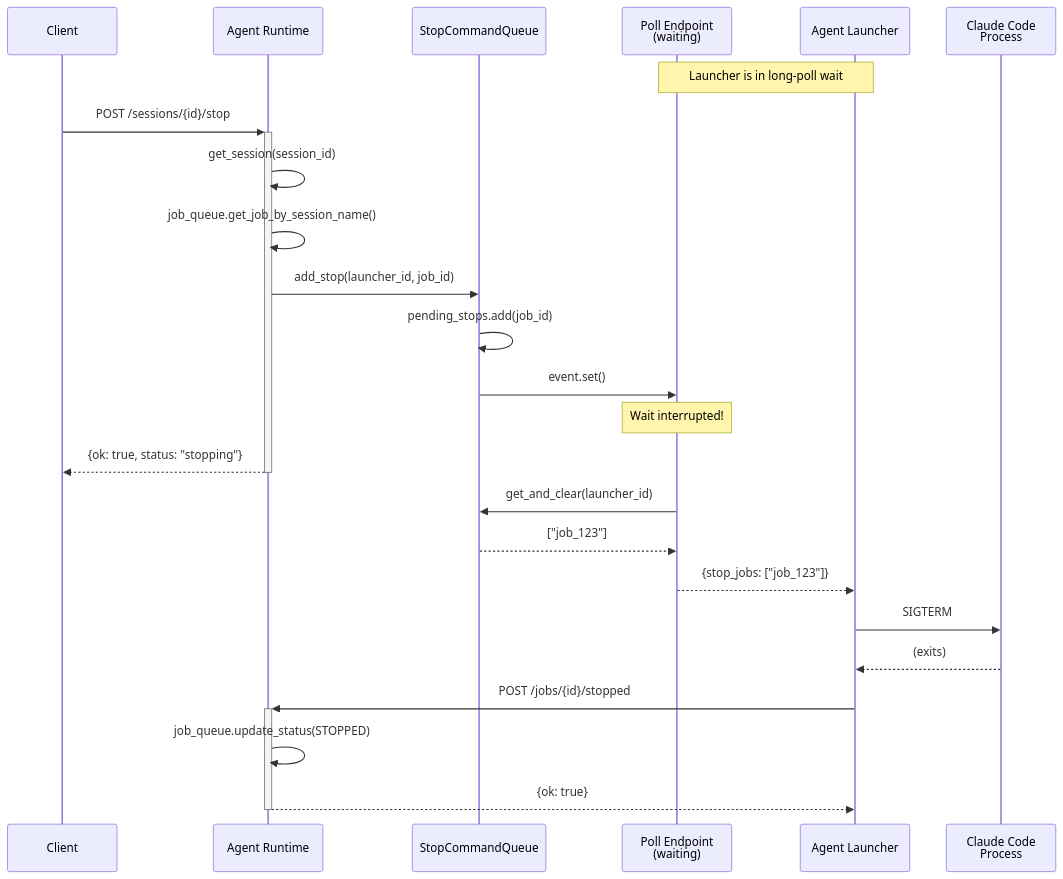
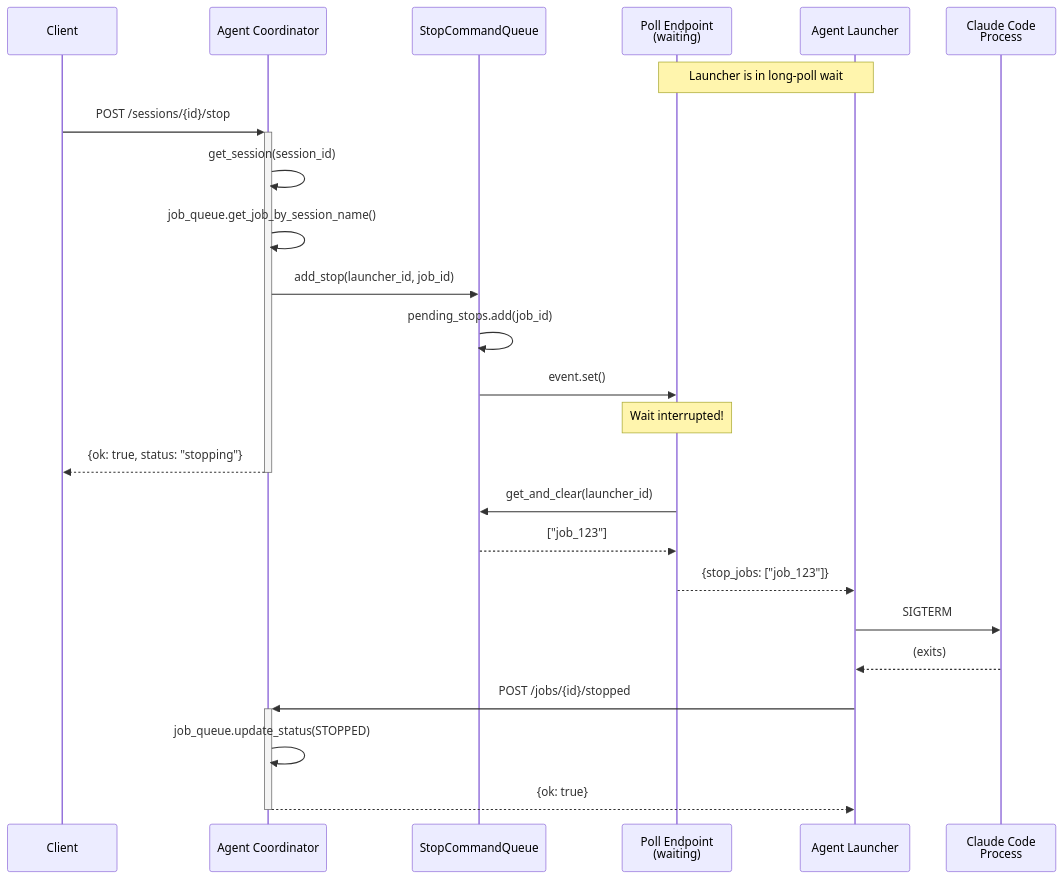
Before and after one commit to rawe/claude-agent-orchestrator: the diagram in docs/features/session-stop-command.md, drawn with Mermaid. The commit also changed other lines of this file and 96 other files, not shown here.

Commit message:
refactor: rename Agent Runtime to Agent Coordinator across codebase

````diff
--- a/docs/features/session-stop-command.md
+++ b/docs/features/session-stop-command.md
@@ -389,33 +389,33 @@
 ```mermaid
 sequenceDiagram
     participant Client as Client
-    participant Runtime as Agent Runtime
+    participant Coordinator as Agent Coordinator
     participant Queue as StopCommandQueue
     participant Poll as Poll Endpoint<br/>(waiting)
     participant Launcher as Agent Launcher
     participant Process as Claude Code<br/>Process
 
     Note over Launcher,Poll: Launcher is in long-poll wait
 
-    Client->>+Runtime: POST /sessions/{id}/stop
-    Runtime->>Runtime: get_session(session_id)
-    Runtime->>Runtime: job_queue.get_job_by_session_name()
-    Runtime->>Queue: add_stop(launcher_id, job_id)
+    Client->>+Coordinator: POST /sessions/{id}/stop
+    Coordinator->>Coordinator: get_session(session_id)
+    Coordinator->>Coordinator: job_queue.get_job_by_session_name()
+    Coordinator->>Queue: add_stop(launcher_id, job_id)
     Queue->>Queue: pending_stops.add(job_id)
     Queue->>Poll: event.set()
 
     Note over Poll: Wait interrupted!
 
-    Runtime-->>-Client: {ok: true, status: "stopping"}
+    Coordinator-->>-Client: {ok: true, status: "stopping"}
 
     Poll->>Queue: get_and_clear(launcher_id)
     Queue-->>Poll: ["job_123"]
     Poll-->>Launcher: {stop_jobs: ["job_123"]}
 
     Launcher->>Process: SIGTERM
     Process-->>Launcher: (exits)
 
-    Launcher->>+Runtime: POST /jobs/{id}/stopped
-    Runtime->>Runtime: job_queue.update_status(STOPPED)
-    Runtime-->>-Launcher: {ok: true}
+    Launcher->>+Coordinator: POST /jobs/{id}/stopped
+    Coordinator->>Coordinator: job_queue.update_status(STOPPED)
+    Coordinator-->>-Launcher: {ok: true}
 ```
````
